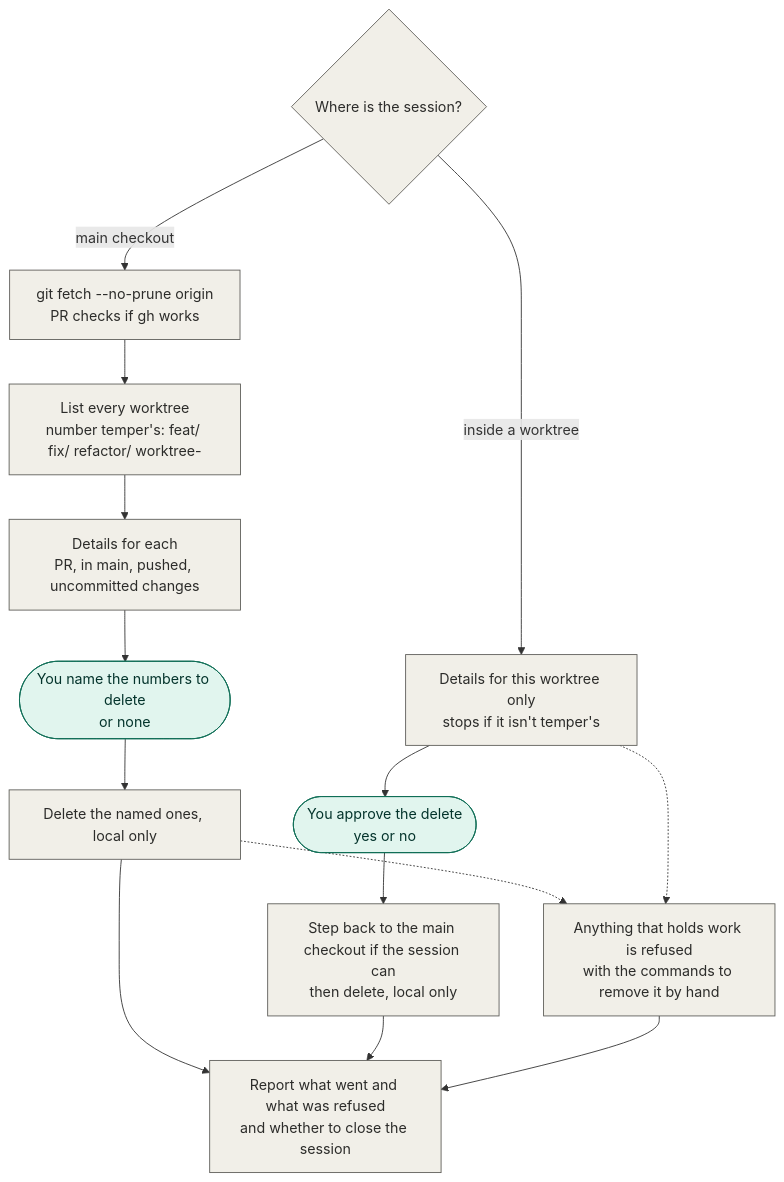
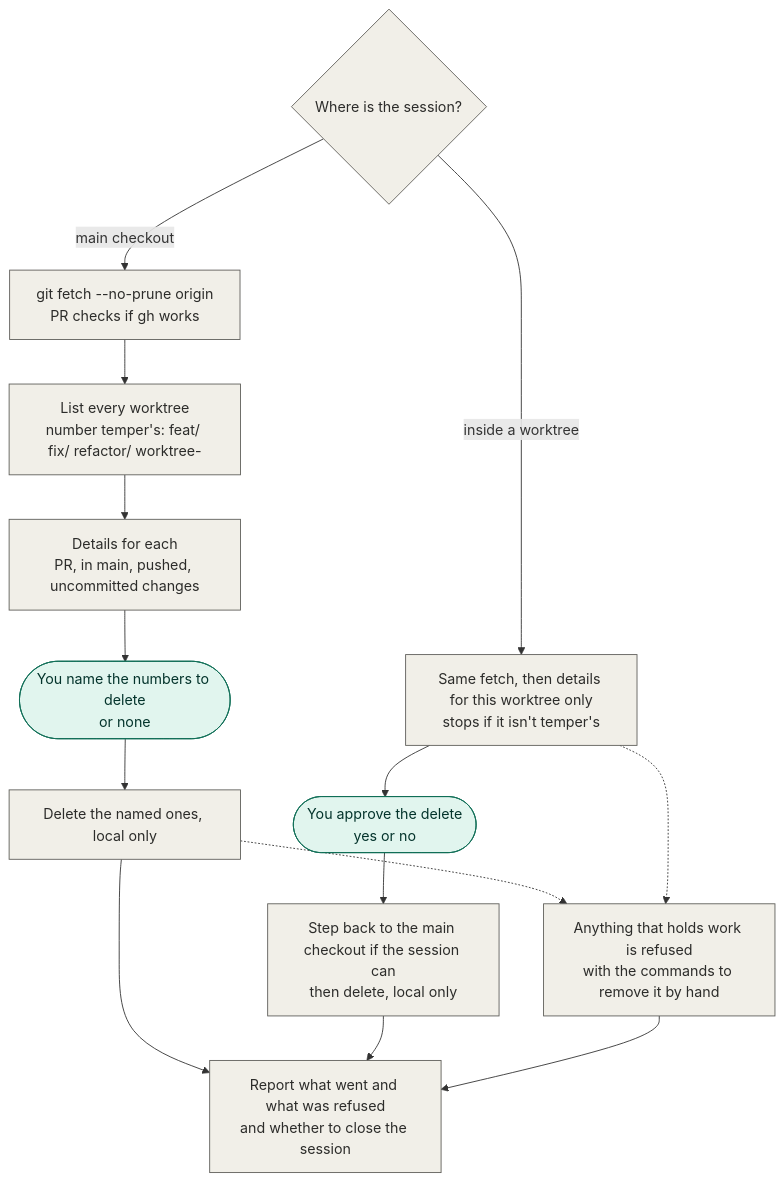
One commit to junayed711/temper changed the sixth of 6 diagrams in README.md. Above: the diagram before and after it, drawn with Mermaid. The commit also changed other lines of this file, not shown here.

Commit message:
show the fetch on the inside-a-worktree path and say this session

````diff
--- a/README.md
+++ b/README.md
@@ -518,23 +518,23 @@
 ```mermaid
 flowchart TD
     here{"Where is the session?"}:::temper
     fetch["git fetch --no-prune origin<br/>PR checks if gh works"]:::temper
     find["List every worktree<br/>number temper's: feat/ fix/ refactor/ worktree-"]:::temper
     sort["Details for each<br/>PR, in main, pushed, uncommitted changes"]:::temper
     ask(["You name the numbers to delete<br/>or none"]):::you
     remove["Delete the named ones, local only"]:::temper
-    one["Details for this worktree only<br/>stops if it isn't temper's"]:::temper
+    one["Same fetch, then details for this worktree only<br/>stops if it isn't temper's"]:::temper
     yes(["You approve the delete<br/>yes or no"]):::you
     leave["Step back to the main checkout if the session can<br/>then delete, local only"]:::temper
     refuse["Anything that holds work is refused<br/>with the commands to remove it by hand"]:::temper
     report["Report what went and what was refused<br/>and whether to close the session"]:::temper
 
     here -- main checkout --> fetch --> find --> sort --> ask --> remove --> report
     here -- inside a worktree --> one --> yes --> leave --> report
     remove -.-> refuse
     one -.-> refuse
     refuse --> report
 
     classDef you fill:#E1F5EE,stroke:#0F6E56,color:#04342C
     classDef temper fill:#F1EFE8,stroke:#5F5E5A,color:#2C2C2A
 ```
````
